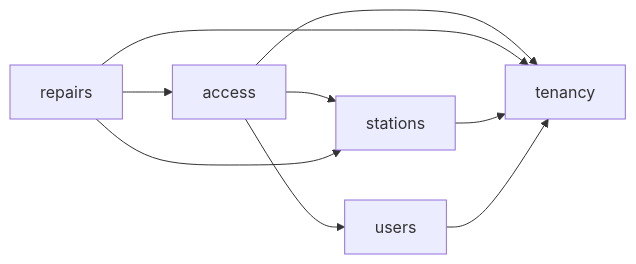
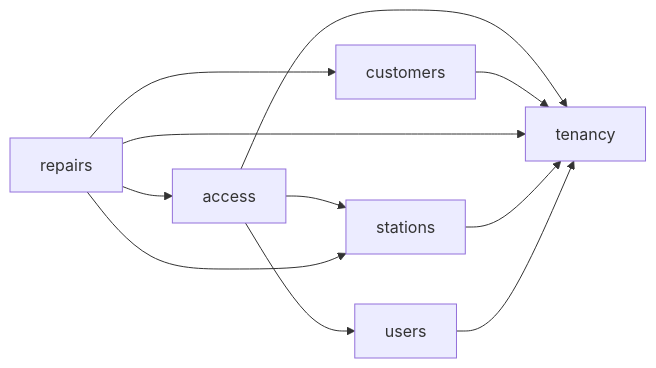
Before and after one commit to luisgtzaviles/SrTaller-2.0: the diagram in docs/architecture-readiness/dec-005-materialization/DEPENDENCY_GRAPH.md, drawn with Mermaid. The commit also changed other lines of this file and 218 other files, not shown here.

````diff
--- a/docs/architecture-readiness/dec-005-materialization/DEPENDENCY_GRAPH.md
+++ b/docs/architecture-readiness/dec-005-materialization/DEPENDENCY_GRAPH.md
@@ -5,11 +5,13 @@
 ```mermaid
 flowchart LR
   access --> stations
   access --> tenancy
   access --> users
+  customers --> tenancy
   repairs --> access
+  repairs --> customers
   repairs --> stations
   repairs --> tenancy
   stations --> tenancy
   users --> tenancy
 ```
````
